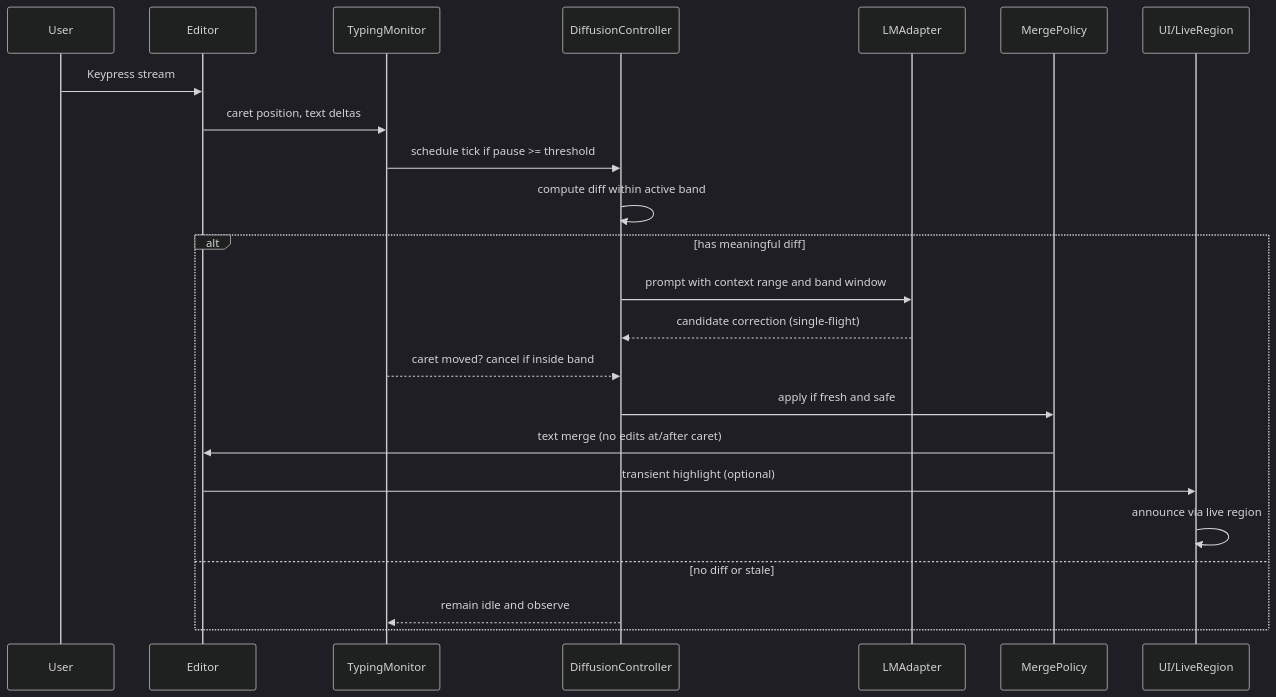
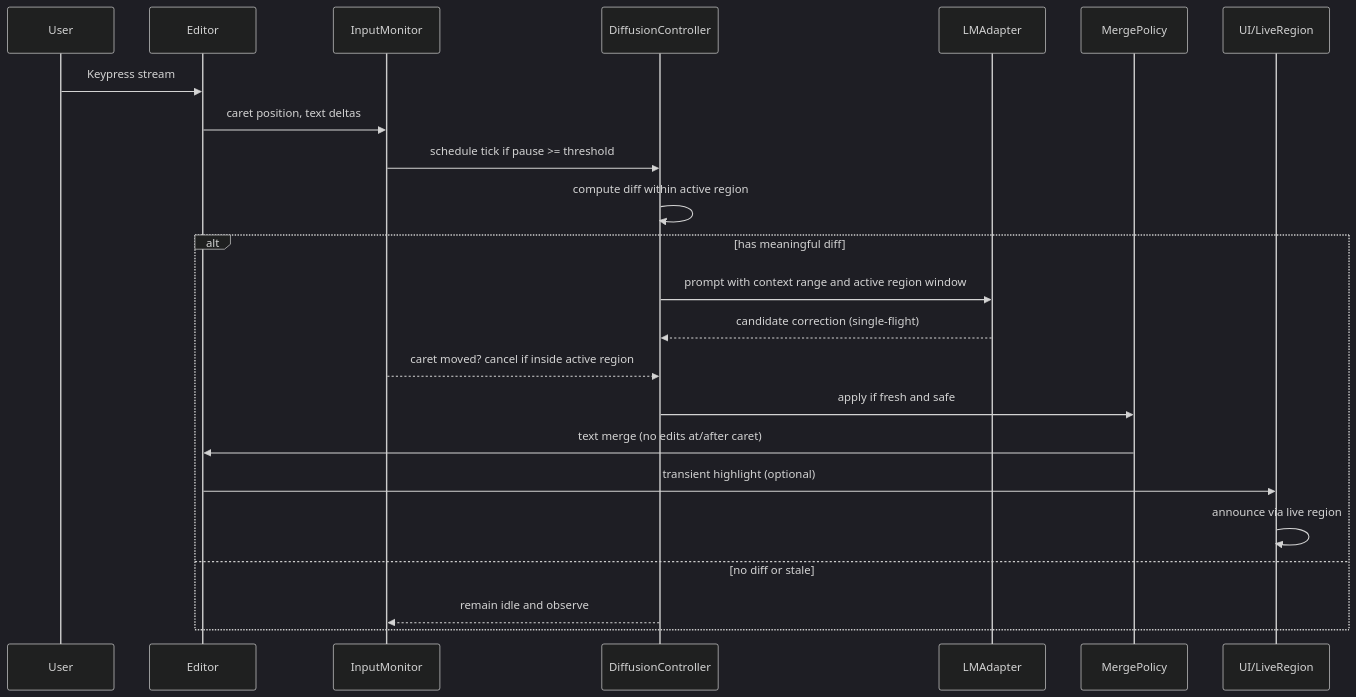
One commit to becktothefuture/MindType changed the second of 5 diagrams in docs/06-guides/typing-lm-correction/README.md. Above: the diagram before and after it, drawn with Mermaid (dark theme). The commit also changed other lines of this file and 90 other files, not shown here.

Commit message:
docs(core): unify active-region=20 words; add grapheme-safe mapping; ARIA live-region specifics; Rust-first traceability; SPEC stubs + doc:sync

````diff
--- a/docs/06-guides/typing-lm-correction/README.md
+++ b/docs/06-guides/typing-lm-correction/README.md
@@ -80,26 +80,26 @@
 ```mermaid
 sequenceDiagram
     participant U as User
     participant E as Editor
-    participant TM as TypingMonitor
+    participant TM as InputMonitor
     participant DC as DiffusionController
     participant LM as LMAdapter
     participant MP as MergePolicy
     participant UI as UI/LiveRegion
 
     U->>E: Keypress stream
     E->>TM: caret position, text deltas
     TM->>DC: schedule tick if pause >= threshold
-    DC->>DC: compute diff within active band
+    DC->>DC: compute diff within active region
     alt has meaningful diff
-      DC->>LM: prompt with context range and band window
+      DC->>LM: prompt with context range and active region window
       LM-->>DC: candidate correction (single-flight)
-      TM-->>DC: caret moved? cancel if inside band
+      TM-->>DC: caret moved? cancel if inside active region
       DC->>MP: apply if fresh and safe
       MP->>E: text merge (no edits at/after caret)
       E->>UI: transient highlight (optional)
       UI->>UI: announce via live region
     else no diff or stale
       DC-->>TM: remain idle and observe
     end
 ```
````
